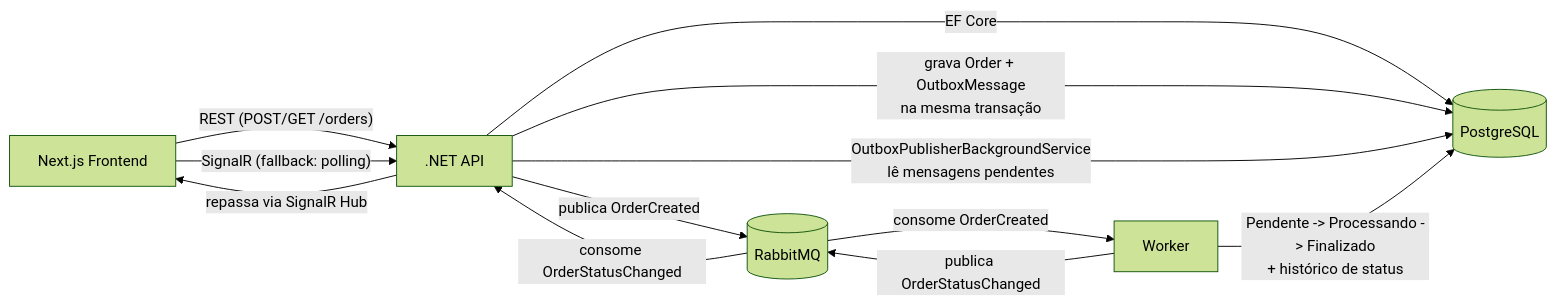
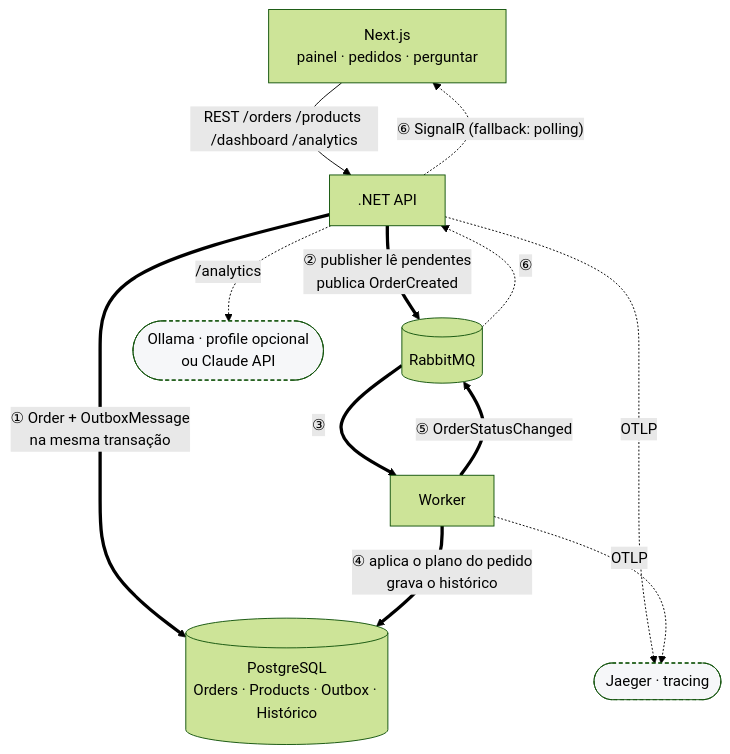
Before and after one commit to dSlayerSA/TMB-ServiceOrder: the first of 2 diagrams in docs/architecture.md, drawn with Mermaid (forest theme). The commit also changed other lines of this file, not shown here.

Commit message:
docs: atualizar os diagramas de arquitetura
O diagrama de visao geral nao mostrava Jaeger, catalogo, os estados
terminais alternativos nem o provedor local de IA - o texto ja explicava
tudo isso, so o desenho ficou para tras.

A trilha grossa marca o caminho de um pedido e os seis passos numerados
sao o que forma um unico trace. Os nos tracejados sao opcionais: a stack
sobe sem eles.

Adicionado um segundo diagrama com a maquina de estados, que passou a valer
a pena com cinco status: deixa explicito que Finalizado so e alcancavel
pela sequencia obrigatoria e que nada sai de um estado terminal.

Ambos verificados renderizando com mermaid antes do commit.

````diff
--- a/docs/architecture.md
+++ b/docs/architecture.md
@@ -5,16 +5,26 @@
 ```mermaid
-flowchart LR
-    FE["Next.js Frontend"] -- "REST (POST/GET /orders)" --> API[".NET API"]
-    FE -- "SignalR (fallback: polling)" --> API
+flowchart TB
+    FE["Next.js<br/>painel · pedidos · perguntar"]
+    API[".NET API"]
+    MQ[("RabbitMQ")]
+    W["Worker"]
+    PG[("PostgreSQL<br/>Orders · Products · Outbox · Histórico")]
 
-    API -- "EF Core" --> PG[("PostgreSQL")]
-    API -- "grava Order + OutboxMessage\nna mesma transação" --> PG
-    API -- "OutboxPublisherBackgroundService\nlê mensagens pendentes" --> PG
-    API -- "publica OrderCreated" --> MQ[("RabbitMQ")]
+    FE -- "REST /orders /products /dashboard /analytics" --> API
+    API -. "⑥ SignalR (fallback: polling)" .-> FE
+    API == "① Order + OutboxMessage<br/>na mesma transação" ==> PG
+    API == "② publisher lê pendentes<br/>publica OrderCreated" ==> MQ
+    MQ == "③" ==> W
+    W == "④ aplica o plano do pedido<br/>grava o histórico" ==> PG
+    W == "⑤ OrderStatusChanged" ==> MQ
+    MQ -. "⑥" .-> API
 
-    MQ -- "consome OrderCreated" --> W["Worker"]
-    W -- "Pendente -> Processando -> Finalizado\n+ histórico de status" --> PG
-    W -- "publica OrderStatusChanged" --> MQ
-    MQ -- "consome OrderStatusChanged" --> API
-    API -- "repassa via SignalR Hub" --> FE
+    JG(["Jaeger · tracing"])
+    OL(["Ollama · profile opcional<br/>ou Claude API"])
+    API -. OTLP .-> JG
+    W -. OTLP .-> JG
+    API -. "/analytics" .-> OL
+
+    classDef opcional stroke-dasharray: 4 3,fill:#f6f7f9
+    class JG,OL opcional
 ```
````
